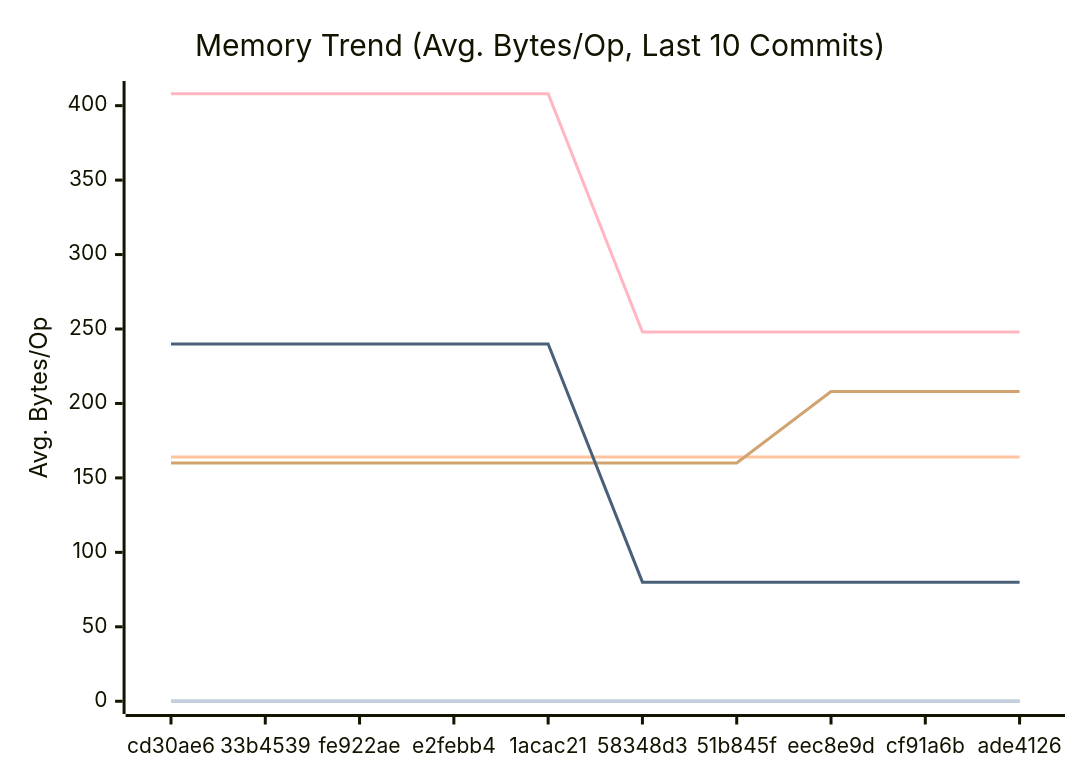
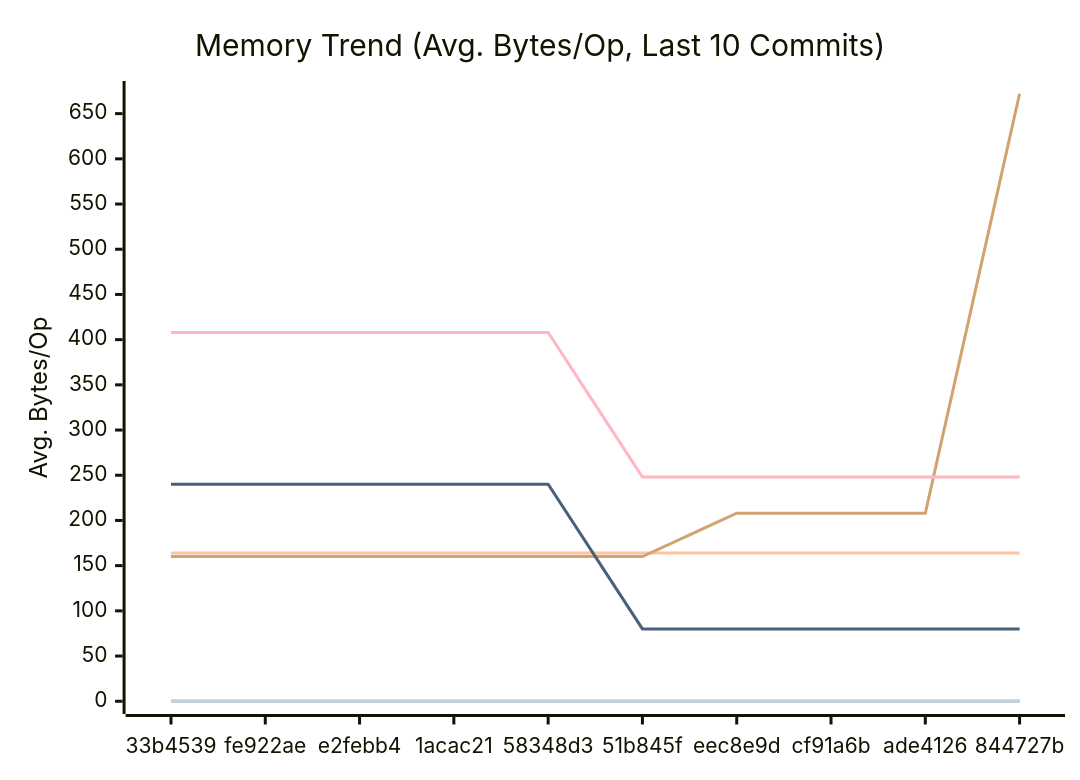
Before and after one commit to alsotoes/momo: the second of 3 diagrams in docs/PERFORMANCE.md, drawn with Mermaid. The commit also changed other lines of this file and 3 other files, not shown here.

````diff
--- a/docs/PERFORMANCE.md
+++ b/docs/PERFORMANCE.md
@@ -97,16 +99,16 @@
 ```mermaid
 xychart-beta
     title "Memory Trend (Avg. Bytes/Op, Last 10 Commits)"
     x-axis "Commit"
     y-axis "Avg. Bytes/Op"
-    x-axis [cd30ae6,33b4539,fe922ae,e2febb4,1acac21,58348d3,51b845f,eec8e9d,cf91a6b,ade4126]
+    x-axis [33b4539,fe922ae,e2febb4,1acac21,58348d3,51b845f,eec8e9d,cf91a6b,ade4126,844727b]
     line "CheckMetricsAndSwap" [0,0,0,0,0,0,0,0,0,0]
     line "CrushOptimized" [0,0,0,0,0,0,0,0,0,0]
     line "CrushOriginal" [164,164,164,164,164,164,164,164,164,164]
     line "IndexDirectTracking" [0,0,0,0,0,0,0,0,0,0]
     line "IndexSearch" [0,0,0,0,0,0,0,0,0,0]
-    line "LoadGlobalConfig" [160,160,160,160,160,160,160,208,208,208]
+    line "LoadGlobalConfig" [160,160,160,160,160,160,208,208,208,672]
     line "PadString" [0,0,0,0,0,0,0,0,0,0]
     line "ParseReplicationOrder_NoPrealloc" [408,408,408,408,408,248,248,248,248,248]
     line "ParseReplicationOrder_Prealloc" [240,240,240,240,240,80,80,80,80,80]
 ```
````
